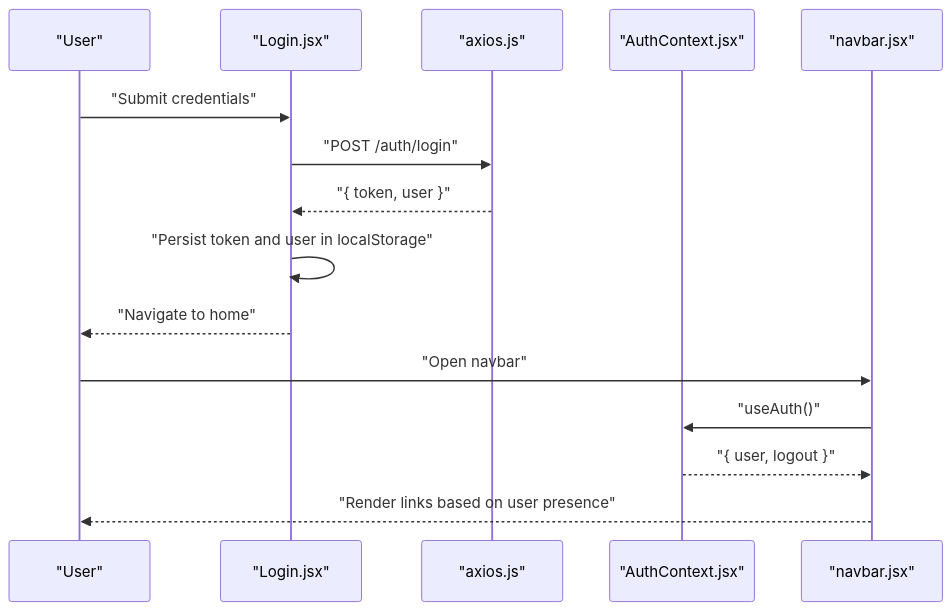
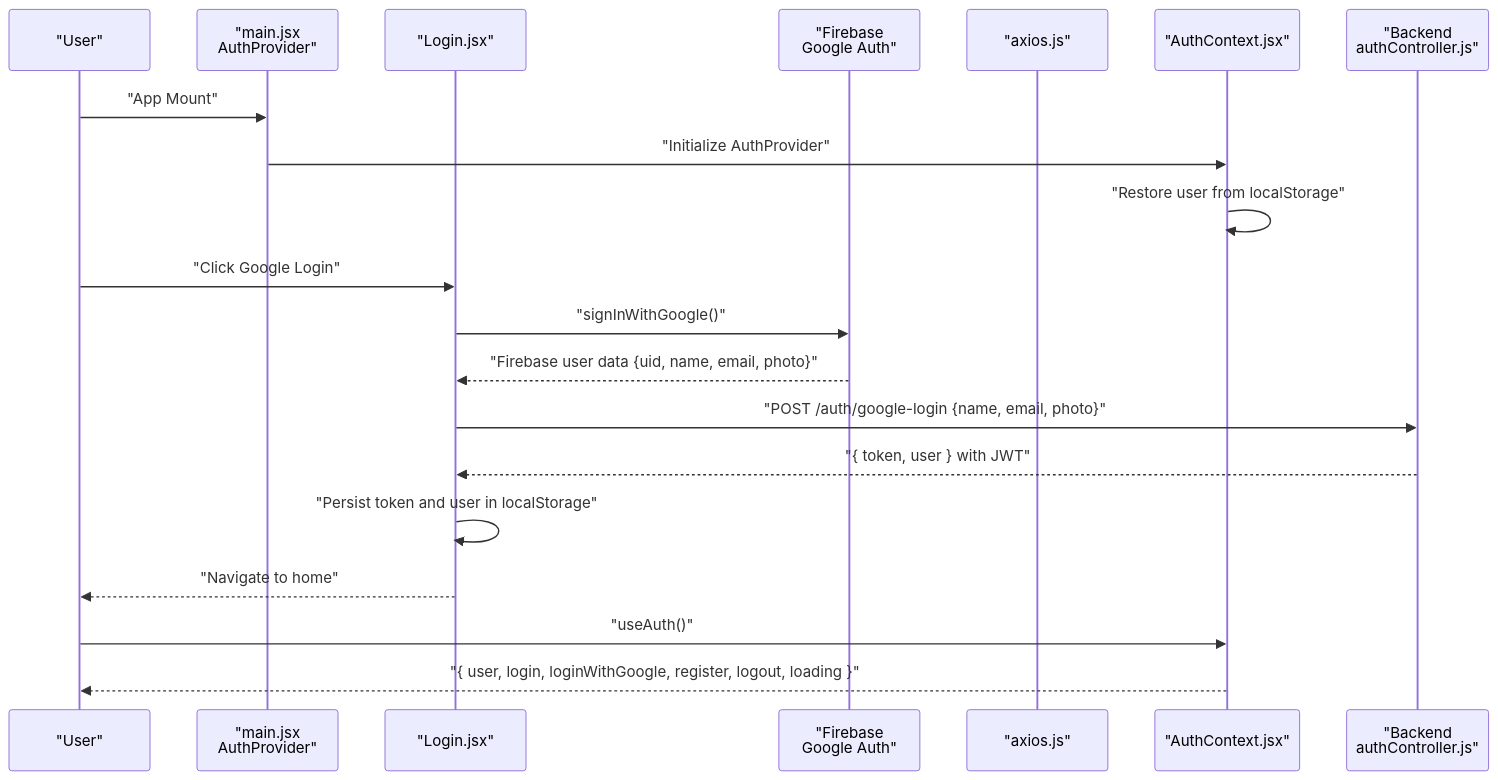
The second of 11 diagrams in .qoder/repowiki/en/content/Authentication & Authorization/Frontend Authentication State Management.md (Pavan-PSPK9032/TrendsandToss), drawn with Mermaid before and after one commit. The commit also changed other lines of this file and 5 other files, not shown here.

````diff
--- a/.qoder/repowiki/en/content/Authentication & Authorization/Frontend Authentication State Management.md
+++ b/.qoder/repowiki/en/content/Authentication & Authorization/Frontend Authentication State Management.md
@@ -120,17 +145,22 @@
 ```mermaid
 sequenceDiagram
 participant U as "User"
+participant M as "main.jsx<br/>AuthProvider"
 participant L as "Login.jsx"
+participant F as "Firebase<br/>Google Auth"
 participant AX as "axios.js"
 participant AC as "AuthContext.jsx"
-participant N as "navbar.jsx"
-U->>L : "Submit credentials"
-L->>AX : "POST /auth/login"
-AX-->>L : "{ token, user }"
+participant BE as "Backend<br/>authController.js"
+U->>M : "App Mount"
+M->>AC : "Initialize AuthProvider"
+AC->>AC : "Restore user from localStorage"
+U->>L : "Click Google Login"
+L->>F : "signInWithGoogle()"
+F-->>L : "Firebase user data {uid, name, email, photo}"
+L->>BE : "POST /auth/google-login {name, email, photo}"
+BE-->>L : "{ token, user } with JWT"
 L->>L : "Persist token and user in localStorage"
 L-->>U : "Navigate to home"
-U->>N : "Open navbar"
-N->>AC : "useAuth()"
-AC-->>N : "{ user, logout }"
-N-->>U : "Render links based on user presence"
+U->>AC : "useAuth()"
+AC-->>U : "{ user, login, loginWithGoogle, register, logout, loading }"
 ```
````
